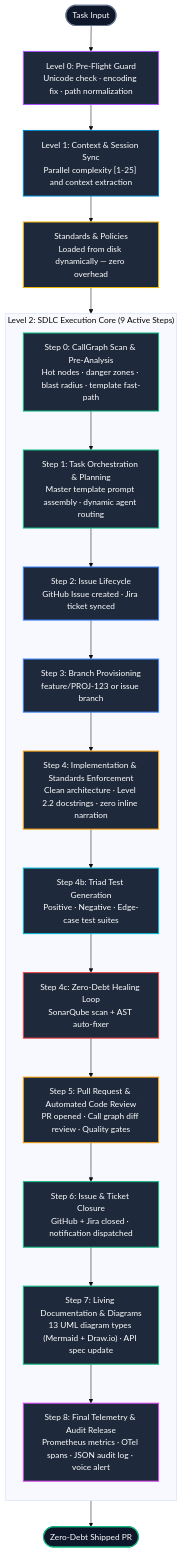
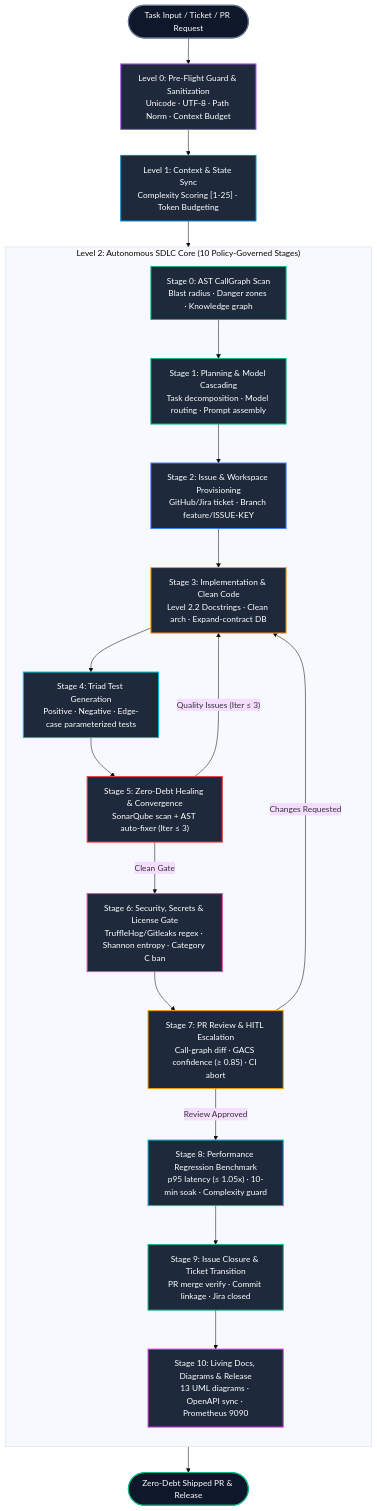
One commit to techdeveloper-org/ai-native-sdlc-engine changed the second of 2 diagrams in README.md. Above: the diagram before and after it, drawn with Mermaid (base theme). The commit also changed other lines of this file and 1 other file, not shown here.

Commit message:
docs: redesign End-to-End Workflow in README with deep policy architecture (#338)

````diff
--- a/README.md
+++ b/README.md
@@ -91,46 +93,58 @@
 ```mermaid
 flowchart TD
-    IN(["Task Input"])
+    IN(["Task Input / Ticket / PR Request"]) --> L0["Level 0: Pre-Flight Guard & Sanitization
+Unicode · UTF-8 · Path Norm · Context Budget"]
+    L0 --> L1["Level 1: Context & State Sync
+Complexity Scoring [1-25] · Token Budgeting"]
 
-    L0["Level 0: Pre-Flight Guard\nUnicode check · encoding fix · path normalization"]
-    L1["Level 1: Context & Session Sync\nParallel complexity [1-25] and context extraction"]
-    ST["Standards & Policies\nLoaded from disk dynamically — zero overhead"]
-    
-    subgraph L2["Level 2: SDLC Execution Core (9 Active Steps)"]
+    subgraph L2["Level 2: Autonomous SDLC Core (10 Policy-Governed Stages)"]
         direction TB
-        S0["Step 0: CallGraph Scan & Pre-Analysis\nHot nodes · danger zones · blast radius · template fast-path"]
-        S1["Step 1: Task Orchestration & Planning\nMaster template prompt assembly · dynamic agent routing"]
-        S2["Step 2: Issue Lifecycle\nGitHub Issue created · Jira ticket synced"]
-        S3["Step 3: Branch Provisioning\nfeature/PROJ-123 or issue branch"]
-        S4["Step 4: Implementation & Standards Enforcement\nClean architecture · Level 2.2 docstrings · zero inline narration"]
-        S4_TEST["Step 4b: Triad Test Generation\nPositive · Negative · Edge-case test suites"]
-        S4_DEBT["Step 4c: Zero-Debt Healing Loop\nSonarQube scan + AST auto-fixer"]
-        S5["Step 5: Pull Request & Automated Code Review\nPR opened · Call graph diff review · Quality gates"]
-        S6["Step 6: Issue & Ticket Closure\nGitHub + Jira closed · notification dispatched"]
-        S7["Step 7: Living Documentation & Diagrams\n13 UML diagram types (Mermaid + Draw.io) · API spec update"]
-        S8["Step 8: Final Telemetry & Audit Release\nPrometheus metrics · OTel spans · JSON audit log · voice alert"]
-        
-        S0 --> S1 --> S2 --> S3 --> S4 --> S4_TEST --> S4_DEBT --> S5 --> S6 --> S7 --> S8
+        S0["Stage 0: AST CallGraph Scan
+Blast radius · Danger zones · Knowledge graph"]
+        S1["Stage 1: Planning & Model Cascading
+Task decomposition · Model routing · Prompt assembly"]
+        S2["Stage 2: Issue & Workspace Provisioning
+GitHub/Jira ticket · Branch feature/ISSUE-KEY"]
+        S3["Stage 3: Implementation & Clean Code
+Level 2.2 Docstrings · Clean arch · Expand-contract DB"]
+        S4["Stage 4: Triad Test Generation
+Positive · Negative · Edge-case parameterized tests"]
+        S5["Stage 5: Zero-Debt Healing & Convergence
+SonarQube scan + AST auto-fixer (Iter ≤ 3)"]
+        S6["Stage 6: Security, Secrets & License Gate
+TruffleHog/Gitleaks regex · Shannon entropy · Category C ban"]
+        S7["Stage 7: PR Review & HITL Escalation
+Call-graph diff · GACS confidence (≥ 0.85) · CI abort"]
+        S8["Stage 8: Performance Regression Benchmark
+p95 latency (≤ 1.05x) · 10-min soak · Complexity guard"]
+        S9["Stage 9: Issue Closure & Ticket Transition
+PR merge verify · Commit linkage · Jira closed"]
+        S10["Stage 10: Living Docs, Diagrams & Release
+13 UML diagrams · OpenAPI sync · Prometheus 9090"]
+
+        S0 --> S1 --> S2 --> S3 --> S4 --> S5
+        S5 -- "Quality Issues (Iter ≤ 3)" --> S3
+        S5 -- "Clean Gate" --> S6 --> S7
+        S7 -- "Changes Requested" --> S3
+        S7 -- "Review Approved" --> S8 --> S9 --> S10
     end
 
-    OUT(["Zero-Debt Shipped PR"])
-
-    IN --> L0 --> L1 --> ST --> L2 --> OUT
+    S10 --> OUT(["Zero-Debt Shipped PR & Release"])
+    L1 --> L2
 
     style IN fill:#0f172a,stroke:#64748b,stroke-width:2px,color:#ffffff
     style OUT fill:#0f172a,stroke:#10b981,stroke-width:2px,color:#ffffff
     style L0 fill:#1e293b,stroke:#a855f7,stroke-width:2px,color:#ffffff
     style L1 fill:#1e293b,stroke:#0284c7,stroke-width:2px,color:#ffffff
-    style ST fill:#1e293b,stroke:#eab308,stroke-width:2px,color:#ffffff
     style S0 fill:#1e293b,stroke:#10b981,stroke-width:2px,color:#ffffff
     style S1 fill:#1e293b,stroke:#10b981,stroke-width:2px,color:#ffffff
     style S2 fill:#1e293b,stroke:#3b82f6,stroke-width:2px,color:#ffffff
-    style S3 fill:#1e293b,stroke:#3b82f6,stroke-width:2px,color:#ffffff
-    style S4 fill:#1e293b,stroke:#f59e0b,stroke-width:2px,color:#ffffff
-    style S4_TEST fill:#1e293b,stroke:#06b6d4,stroke-width:2px,color:#ffffff
-    style S4_DEBT fill:#1e293b,stroke:#ef4444,stroke-width:2px,color:#ffffff
-    style S5 fill:#1e293b,stroke:#f59e0b,stroke-width:2px,color:#ffffff
-    style S6 fill:#1e293b,stroke:#10b981,stroke-width:2px,color:#ffffff
-    style S7 fill:#1e293b,stroke:#10b981,stroke-width:2px,color:#ffffff
-    style S8 fill:#1e293b,stroke:#d946ef,stroke-width:2px,color:#ffffff
+    style S3 fill:#1e293b,stroke:#f59e0b,stroke-width:2px,color:#ffffff
+    style S4 fill:#1e293b,stroke:#06b6d4,stroke-width:2px,color:#ffffff
+    style S5 fill:#1e293b,stroke:#ef4444,stroke-width:2px,color:#ffffff
+    style S6 fill:#1e293b,stroke:#ec4899,stroke-width:2px,color:#ffffff
+    style S7 fill:#1e293b,stroke:#f59e0b,stroke-width:2px,color:#ffffff
+    style S8 fill:#1e293b,stroke:#06b6d4,stroke-width:2px,color:#ffffff
+    style S9 fill:#1e293b,stroke:#10b981,stroke-width:2px,color:#ffffff
+    style S10 fill:#1e293b,stroke:#d946ef,stroke-width:2px,color:#ffffff
 ```
````
